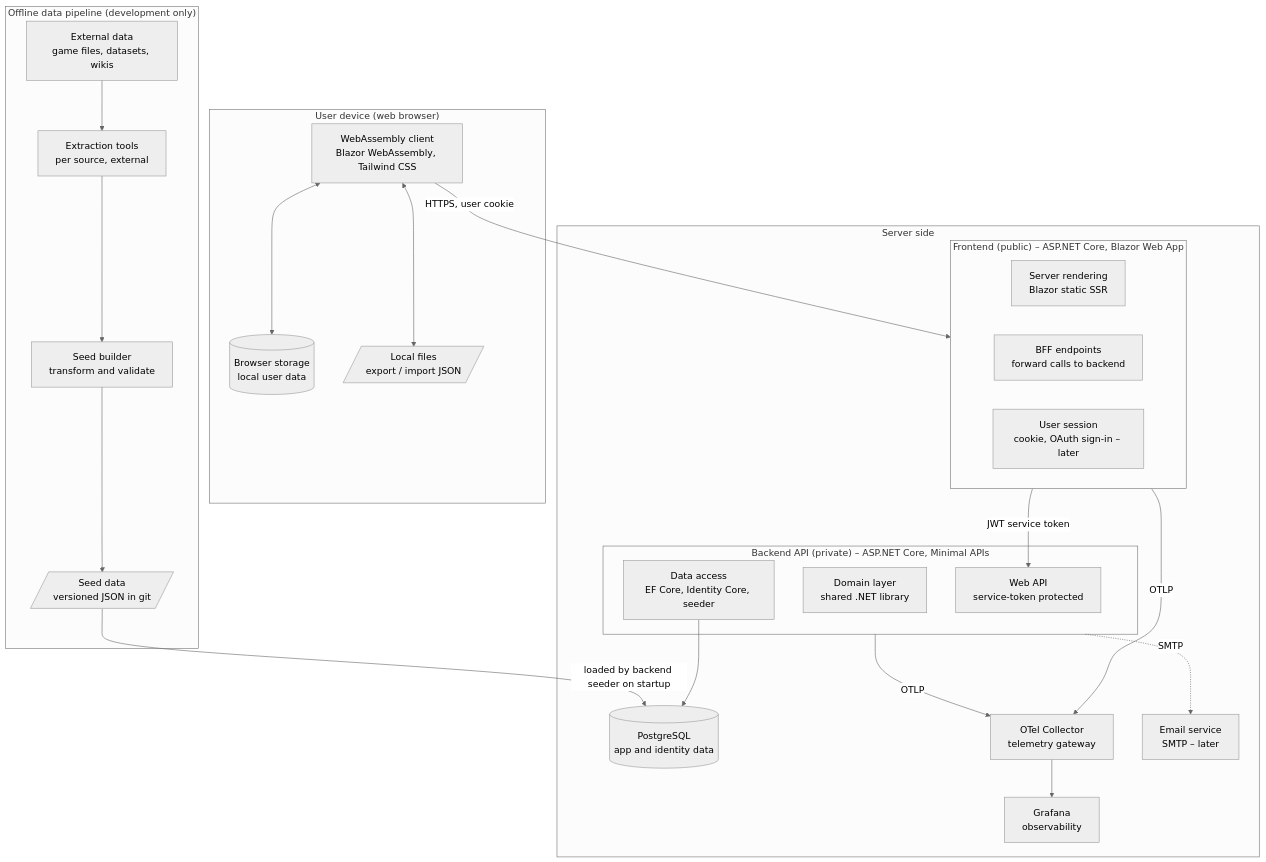
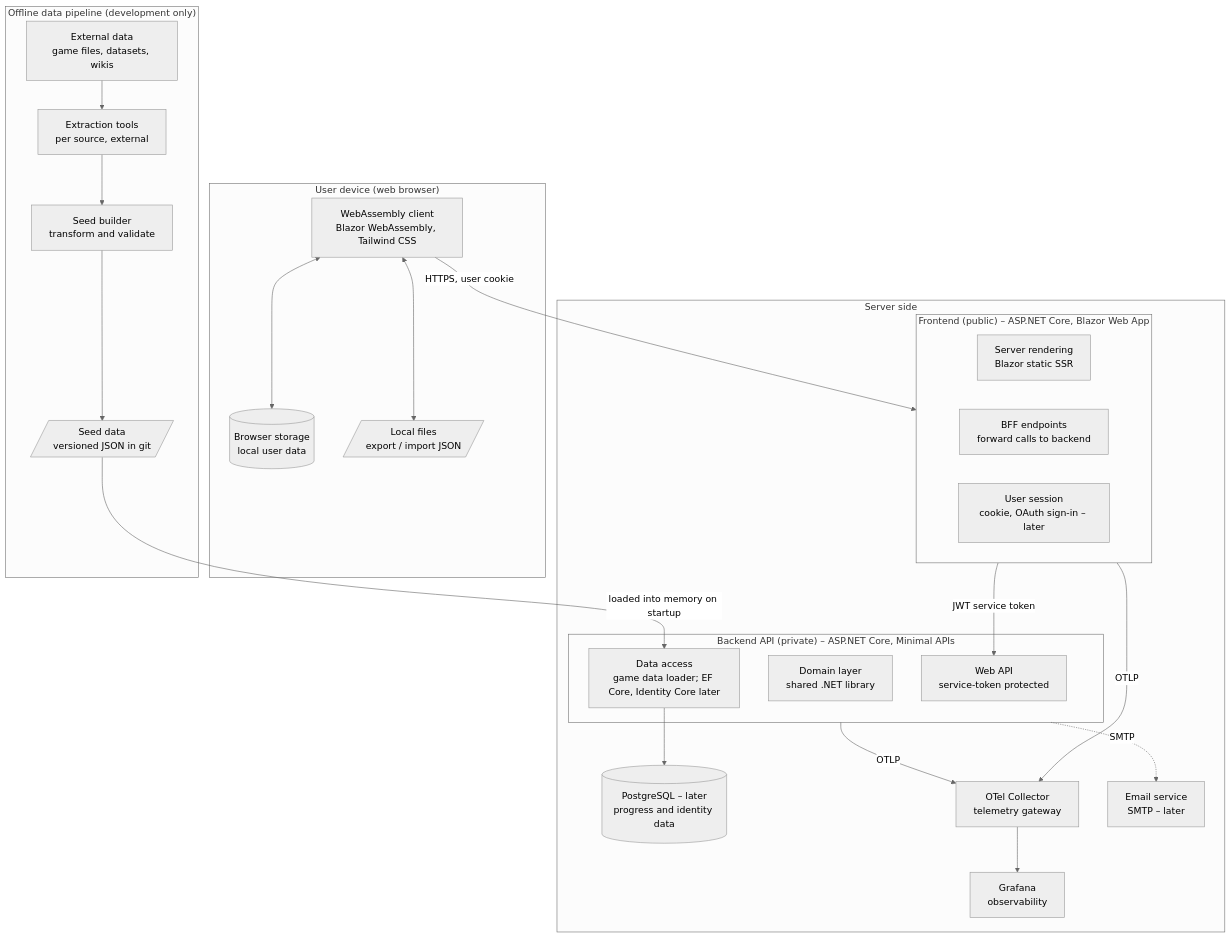
Before and after one commit to rphenriques84/UniversalCompanionApp: the diagram in docs/03-architecture.md, drawn with Mermaid (neutral theme). The commit also changed other lines of this file and 26 other files, not shown here.

Commit message:
feat: add Docker environment and serve game data from JSON (P0.3, ADR 0013) (#7)

````diff
--- a/docs/03-architecture.md
+++ b/docs/03-architecture.md
@@ -25,44 +25,44 @@
 ```mermaid
 flowchart TB
   subgraph Device["User device (web browser)"]
     WASM[WebAssembly client<br/>Blazor WebAssembly, Tailwind CSS]
     Local[(Browser storage<br/>local user data)]
     File[/Local files<br/>export / import JSON/]
   end
 
   subgraph Server["Server side"]
     subgraph Frontend["Frontend (public) – ASP.NET Core, Blazor Web App"]
       SSR[Server rendering<br/>Blazor static SSR]
       BFF[BFF endpoints<br/>forward calls to backend]
       Session[User session<br/>cookie, OAuth sign-in – later]
     end
     subgraph Backend["Backend API (private) – ASP.NET Core, Minimal APIs"]
       API[Web API<br/>service-token protected]
       Domain[Domain layer<br/>shared .NET library]
-      Data[Data access<br/>EF Core, Identity Core, seeder]
+      Data[Data access<br/>game data loader; EF Core, Identity Core later]
     end
-    DB[(PostgreSQL<br/>app and identity data)]
+    DB[(PostgreSQL – later<br/>progress and identity data)]
     Coll[OTel Collector<br/>telemetry gateway]
     OTel[Grafana<br/>observability]
     Mail[Email service<br/>SMTP – later]
   end
 
   subgraph Pipeline["Offline data pipeline (development only)"]
     Ext[External data<br/>game files, datasets, wikis]
     Tools[Extraction tools<br/>per source, external]
     Builder[Seed builder<br/>transform and validate]
     Seed[/Seed data<br/>versioned JSON in git/]
   end
 
   WASM <--> Local
   WASM <--> File
   WASM -- HTTPS, user cookie --> Frontend
   Frontend -- JWT service token --> API
   Data --> DB
   Backend -. SMTP .-> Mail
   Frontend -- OTLP --> Coll
   Backend -- OTLP --> Coll
   Coll --> OTel
   Ext --> Tools --> Builder --> Seed
-  Seed -- loaded by backend seeder on startup --> DB
+  Seed -- loaded into memory on startup --> Data
 ```
````
